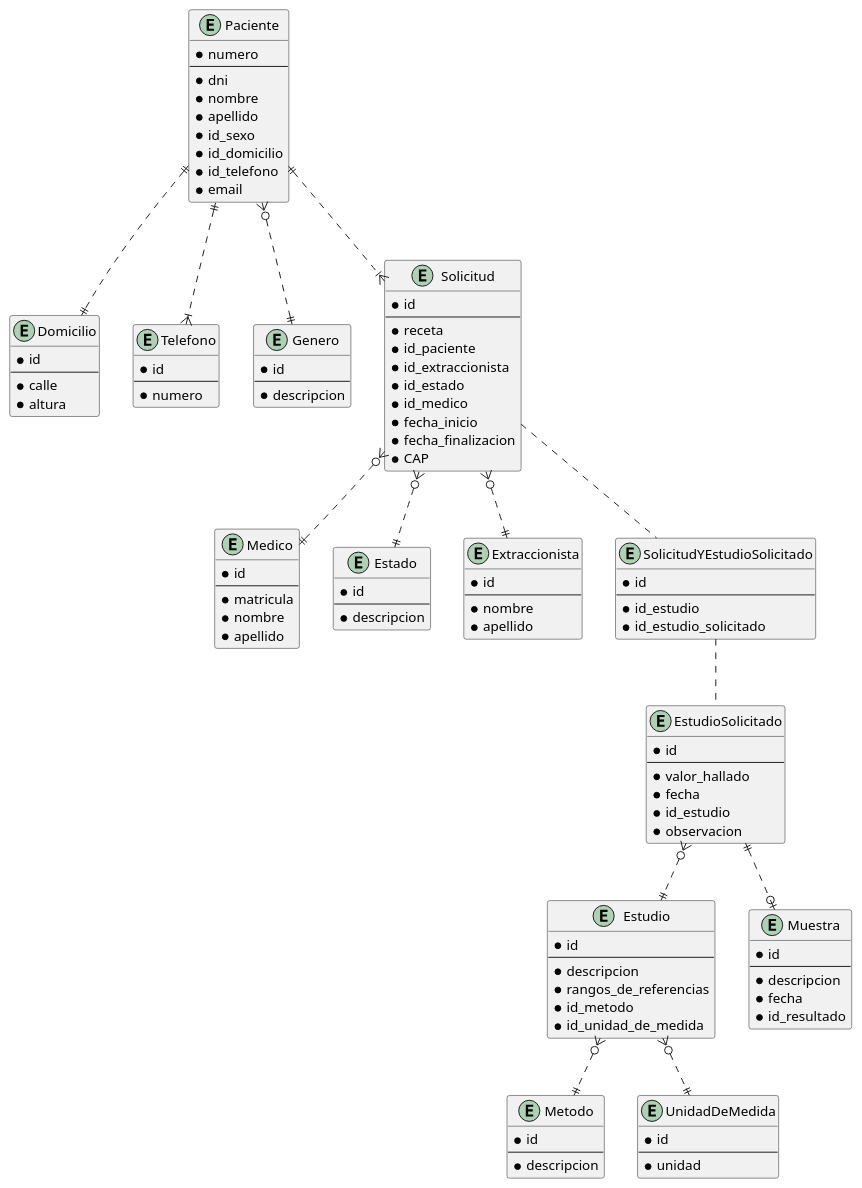
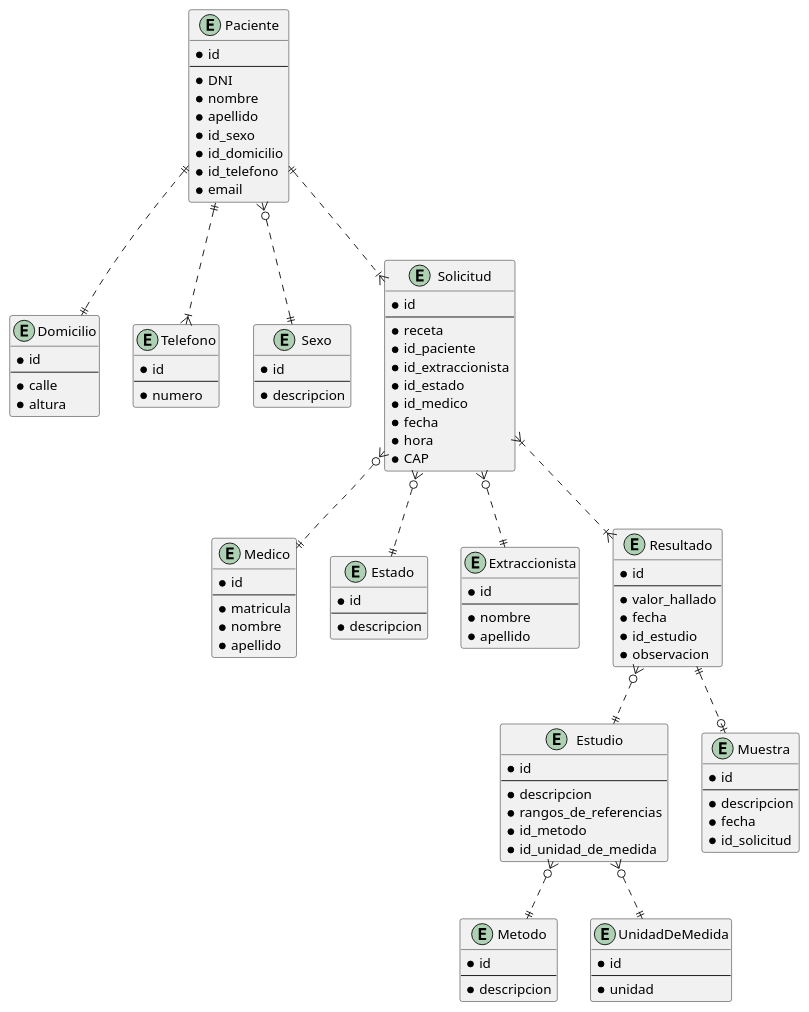
The diagram in Diagrams/BIOMEDICA.wsd (MateMar04/Biomedica), drawn with PlantUML before and after one commit. The commit also changed 1 other file, not shown here.

Commit message:
Created Class Diagram

```diff
--- a/Diagrams/BIOMEDICA.wsd
+++ b/Diagrams/BIOMEDICA.wsd
@@ -1,126 +1,118 @@
-@startuml BIOMEDICA
+@startuml ERDiagram
 entity Medico {
     * id
     --
     * matricula
     * nombre
     * apellido
 }
 
 entity Domicilio {
     * id
     --
     * calle
     * altura
 }
 
 entity Telefono {
     * id
     --
     * numero
 }
 
-entity Genero {
+entity Sexo {
     * id
     --
     * descripcion
 }
 
 entity Paciente {
-    * numero
+    * id
     --
-    * dni
+    * DNI
     * nombre
     * apellido
     * id_sexo
     * id_domicilio
     * id_telefono
     * email
 }
 
 entity Estado {
     * id
     --
     * descripcion
 }
 
 entity Estudio {
     * id
     --
     * descripcion
     * rangos_de_referencias
     * id_metodo
     * id_unidad_de_medida
 }
 
 entity Solicitud {
     * id
     --
     * receta
     * id_paciente
     * id_extraccionista
     * id_estado
     * id_medico
-    * fecha_inicio
-    * fecha_finalizacion
+    * fecha
+    * hora
     * CAP
 }
 
 entity Extraccionista {
     * id
     --
     * nombre
     * apellido
 }
 
 entity Muestra {
     * id
     --
     * descripcion
     * fecha
-    * id_resultado
+    * id_solicitud
 }
 
 entity Metodo {
     * id
     --
     * descripcion
 }
 
-entity EstudioSolicitado {
+entity Resultado {
     * id
     --
     * valor_hallado
     * fecha
     * id_estudio
     * observacion
 }
 
 entity UnidadDeMedida {
     * id
     --
     * unidad
 }
 
-entity SolicitudYEstudioSolicitado {
-    * id
-    --
-    * id_estudio
-    * id_estudio_solicitado
-}
-
 Paciente ||..|| Domicilio
 Paciente ||..|{ Telefono
-Paciente }o..|| Genero
+Paciente }o..|| Sexo
 Paciente ||..|{ Solicitud
 Solicitud }o..|| Medico
 Solicitud }o..|| Estado
-EstudioSolicitado ||..o| Muestra
+Resultado ||..o| Muestra
 Solicitud }o..|| Extraccionista
 Estudio }o..|| Metodo
+Solicitud }|..|{ Resultado
 Estudio }o..|| UnidadDeMedida
-EstudioSolicitado }o..|| Estudio
-Solicitud .. SolicitudYEstudioSolicitado
-SolicitudYEstudioSolicitado .. EstudioSolicitado
+Resultado }o..|| Estudio
 
 @enduml
```
